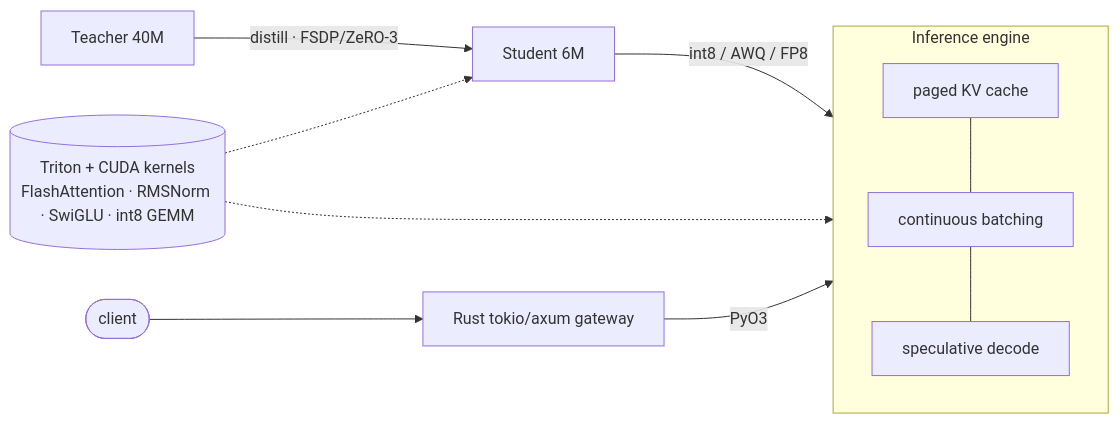
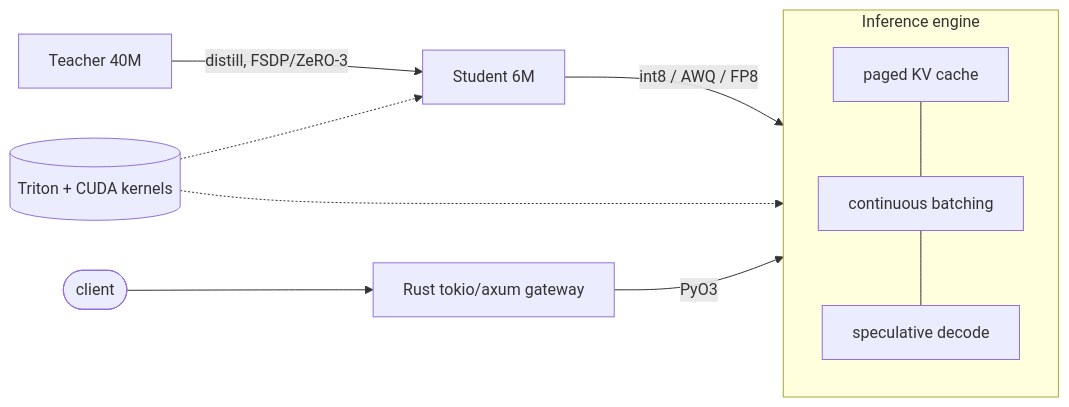
Before and after one commit to cyracomfortteam-del/tessera: the diagram in README.md, drawn with Mermaid. The commit also changed other lines of this file and 2 other files, not shown here.

````diff
--- a/README.md
+++ b/README.md
@@ -30,12 +17,12 @@
 ```mermaid
 flowchart LR
-    T[Teacher 40M] -->|distill · FSDP/ZeRO-3| S[Student 6M]
+    T[Teacher 40M] -->|distill, FSDP/ZeRO-3| S[Student 6M]
     S -->|int8 / AWQ / FP8| ENG[Inference engine]
     subgraph ENG[Inference engine]
       direction TB
       PK[paged KV cache] --- SCH[continuous batching] --- SPEC[speculative decode]
     end
-    K[(Triton + CUDA kernels<br/>FlashAttention · RMSNorm · SwiGLU · int8 GEMM)] -.-> S & ENG
+    K[(Triton + CUDA kernels)] -.-> S & ENG
     GW[Rust tokio/axum gateway] -->|PyO3| ENG
     client([client]) --> GW
 ```
````
